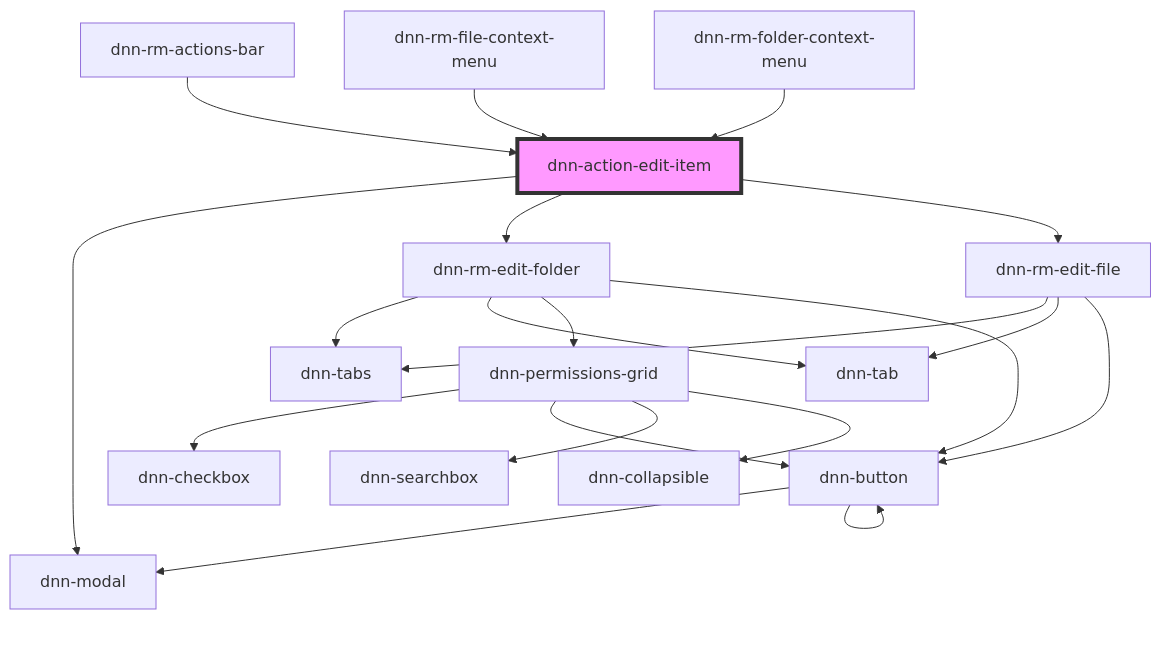
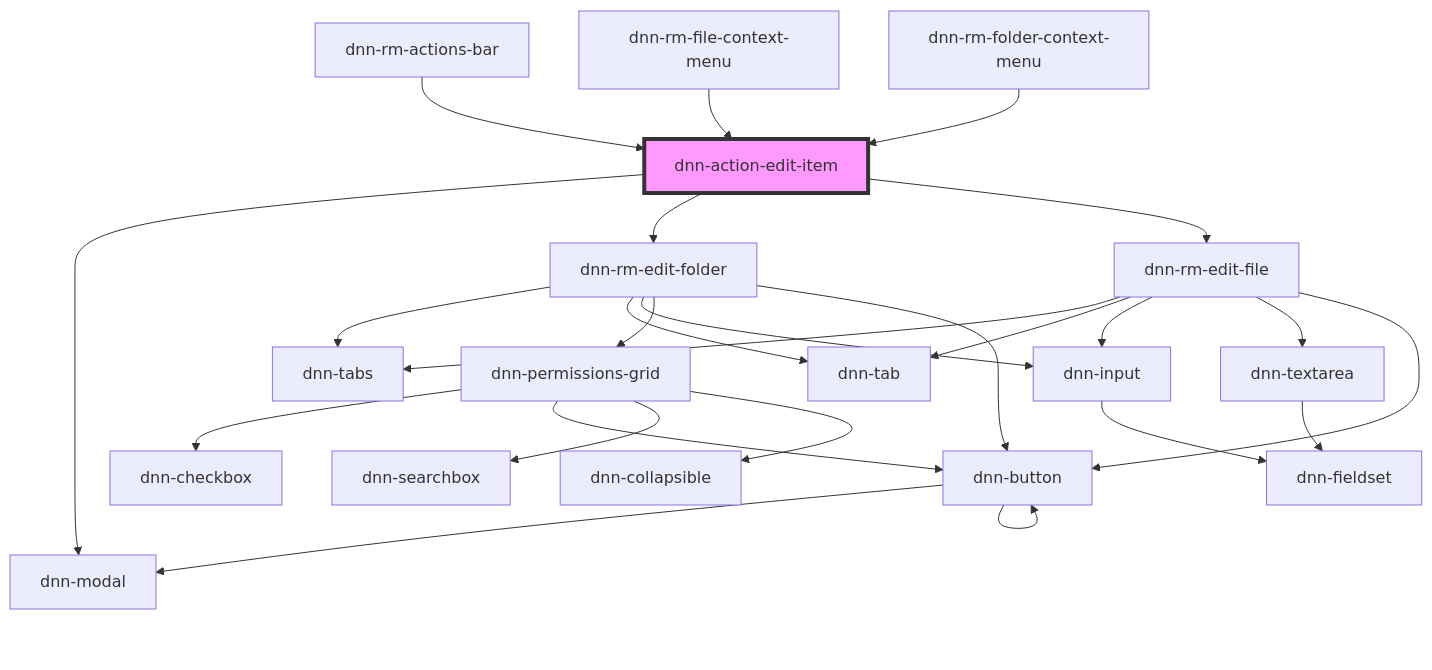
The diagram in DNN Platform/Modules/ResourceManager/ResourceManager.Web/src/components/actions/dnn-action-edit-item/readme.md (dnnsoftware/Dnn.Platform), drawn with Mermaid before and after one commit. The commit also changed 44 other files, not shown here.

````diff
--- a/DNN Platform/Modules/ResourceManager/ResourceManager.Web/src/components/actions/dnn-action-edit-item/readme.md
+++ b/DNN Platform/Modules/ResourceManager/ResourceManager.Web/src/components/actions/dnn-action-edit-item/readme.md
@@ -30,23 +30,28 @@
 ```mermaid
 graph TD;
   dnn-action-edit-item --> dnn-modal
   dnn-action-edit-item --> dnn-rm-edit-folder
   dnn-action-edit-item --> dnn-rm-edit-file
   dnn-rm-edit-folder --> dnn-tabs
   dnn-rm-edit-folder --> dnn-tab
+  dnn-rm-edit-folder --> dnn-input
   dnn-rm-edit-folder --> dnn-permissions-grid
   dnn-rm-edit-folder --> dnn-button
+  dnn-input --> dnn-fieldset
   dnn-permissions-grid --> dnn-checkbox
   dnn-permissions-grid --> dnn-button
   dnn-permissions-grid --> dnn-searchbox
   dnn-permissions-grid --> dnn-collapsible
   dnn-button --> dnn-modal
   dnn-button --> dnn-button
   dnn-rm-edit-file --> dnn-tabs
   dnn-rm-edit-file --> dnn-tab
+  dnn-rm-edit-file --> dnn-input
+  dnn-rm-edit-file --> dnn-textarea
   dnn-rm-edit-file --> dnn-button
+  dnn-textarea --> dnn-fieldset
   dnn-rm-actions-bar --> dnn-action-edit-item
   dnn-rm-file-context-menu --> dnn-action-edit-item
   dnn-rm-folder-context-menu --> dnn-action-edit-item
   style dnn-action-edit-item fill:#f9f,stroke:#333,stroke-width:4px
 ```
````
